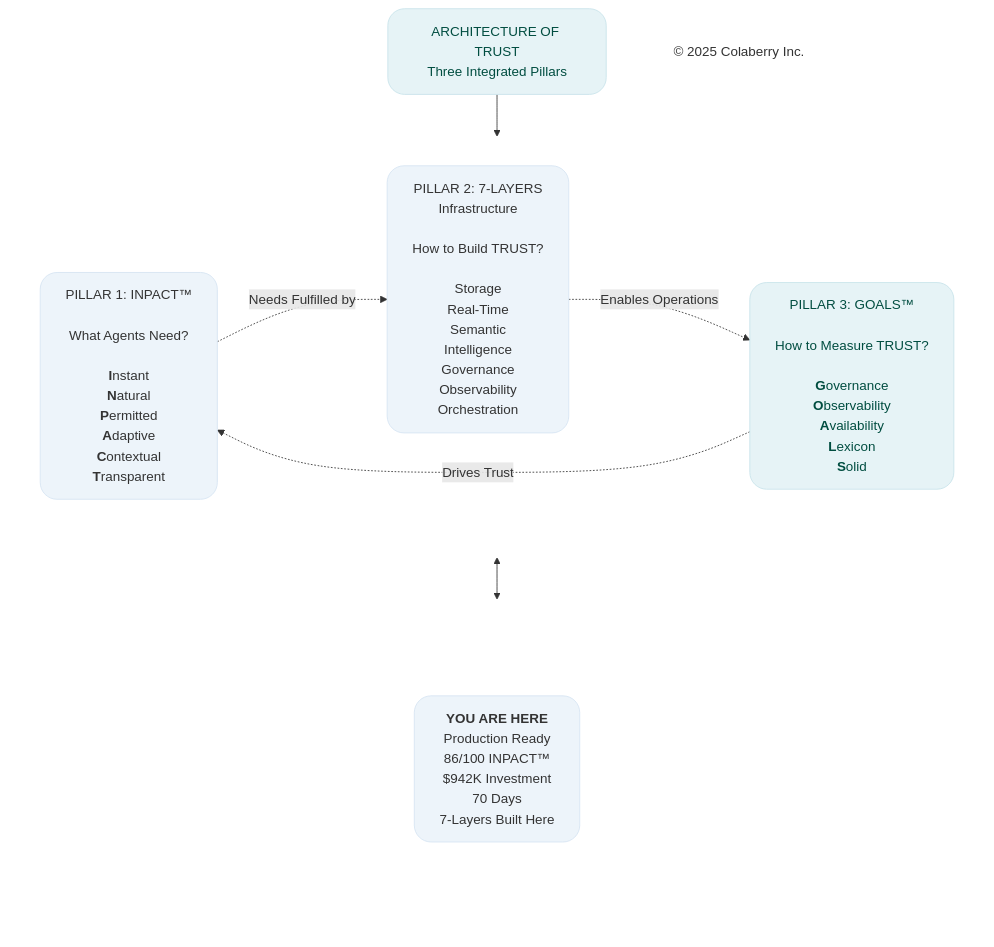
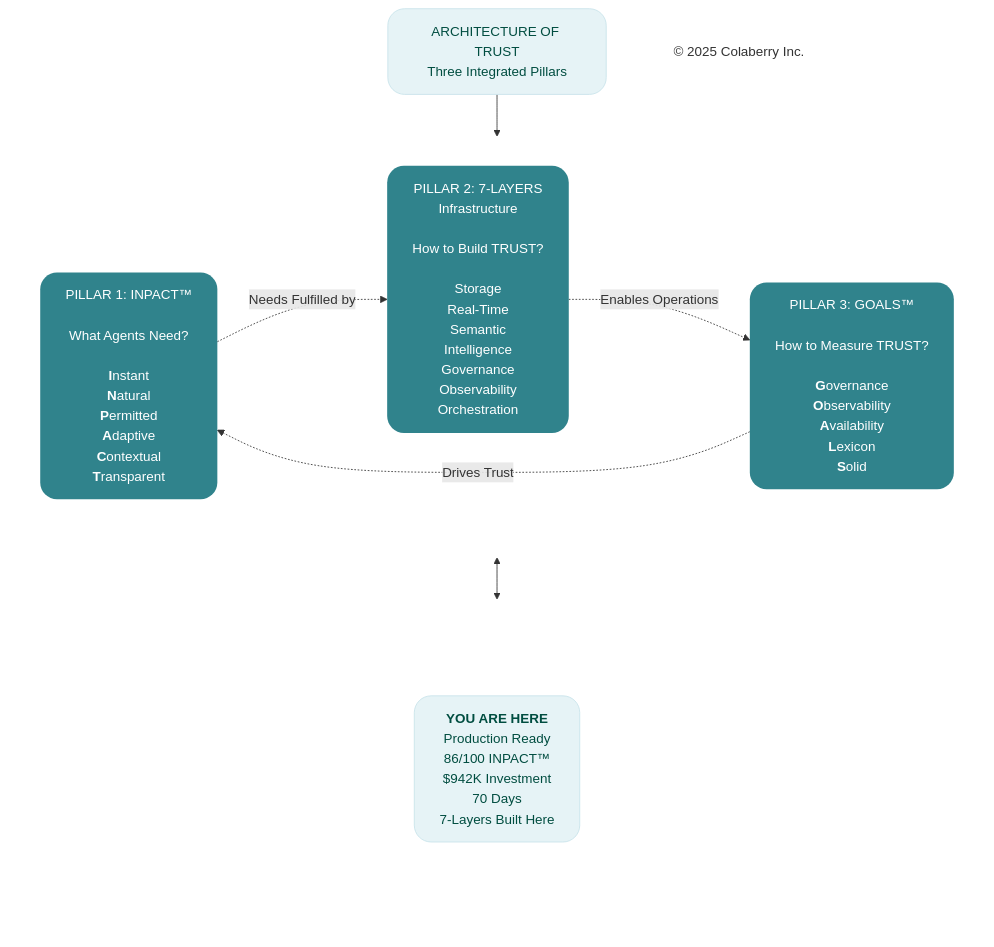
The diagram in mermaid-source/figure-6-14.mmd (saitejesh-cyber/trust-before-intelligence-book), drawn with Mermaid before and after one commit. The commit also changed other lines of this file and 21 other files, not shown here.

Commit message:
Address Ram feedback for Chapter 4-9 figure palette alignment

```diff
--- a/mermaid-source/figure-6-14.mmd
+++ b/mermaid-source/figure-6-14.mmd
@@ -1,39 +1,39 @@
 
 graph TB
     Title["ARCHITECTURE OF TRUST<br/>Three Integrated Pillars"]
     
     subgraph PILLARS[" "]
         direction LR
         INPACT["`PILLAR 1: INPACT™<br/><br/>What Agents Need?<br/><br/>**I**nstant<br/>**N**atural<br/>**P**ermitted<br/>**A**daptive<br/>**C**ontextual<br/>**T**ransparent`"]
         
         Layers["PILLAR 2: 7-LAYERS<br/>Infrastructure<br/><br/>How to Build TRUST?<br/><br/>Storage<br/>Real-Time<br/>Semantic<br/>Intelligence<br/>Governance<br/>Observability<br/>Orchestration"]
         
         GOALS["`PILLAR 3: GOALS™<br/><br/>How to Measure TRUST?<br/><br/>**G**overnance<br/>**O**bservability<br/>**A**vailability<br/>**L**exicon<br/>**S**olid`"]
     end
     
     subgraph INDICATOR[" "]
         direction LR
         Spacer1[" "]
         YouAreHere["<b>YOU ARE HERE</b><br/>Production Ready<br/>86/100 INPACT™<br/>$942K Investment<br/>70 Days <br/> 7-Layers Built Here"]
         Spacer2[" "]
     end
     
     Copyright["© 2025 Colaberry Inc."]
     
     Title --> PILLARS
     PILLARS <--> INDICATOR
     
     INPACT -.->|"Needs Fulfilled by"| Layers
     Layers -.->|"Enables Operations"| GOALS
     GOALS -.->|"Drives Trust"| INPACT
     
     style Title fill:#e6f3f6,stroke:#c7e3ea,stroke-width:1px,color:#004d40,rx:20,ry:20
     style PILLARS fill:none,stroke:none
     style INDICATOR fill:none,stroke:none
-    style INPACT fill:#edf4fa,stroke:#d6e4f2,stroke-width:1px,color:#333333,rx:20,ry:20
-    style Layers fill:#edf4fa,stroke:#d6e4f2,stroke-width:1px,color:#333333,rx:20,ry:20
-    style GOALS fill:#e6f3f6,stroke:#c7e3ea,stroke-width:1px,color:#004d40,rx:20,ry:20
+    style INPACT fill:#30838C,stroke:none,color:#ffffff,rx:20,ry:20
+    style Layers fill:#30838C,stroke:none,color:#ffffff,rx:20,ry:20
+    style GOALS fill:#30838C,stroke:none,color:#ffffff,rx:20,ry:20
     style Spacer1 fill:none,stroke:none,color:transparent
-    style YouAreHere fill:#edf4fa,stroke:#d6e4f2,stroke-width:1px,color:#333333,rx:20,ry:20
+    style YouAreHere fill:#e6f3f6,stroke:#c7e3ea,stroke-width:1px,color:#004d40,rx:20,ry:20
     style Spacer2 fill:none,stroke:none,color:transparent
     style Copyright fill:none,stroke:none,color:#333333
```
